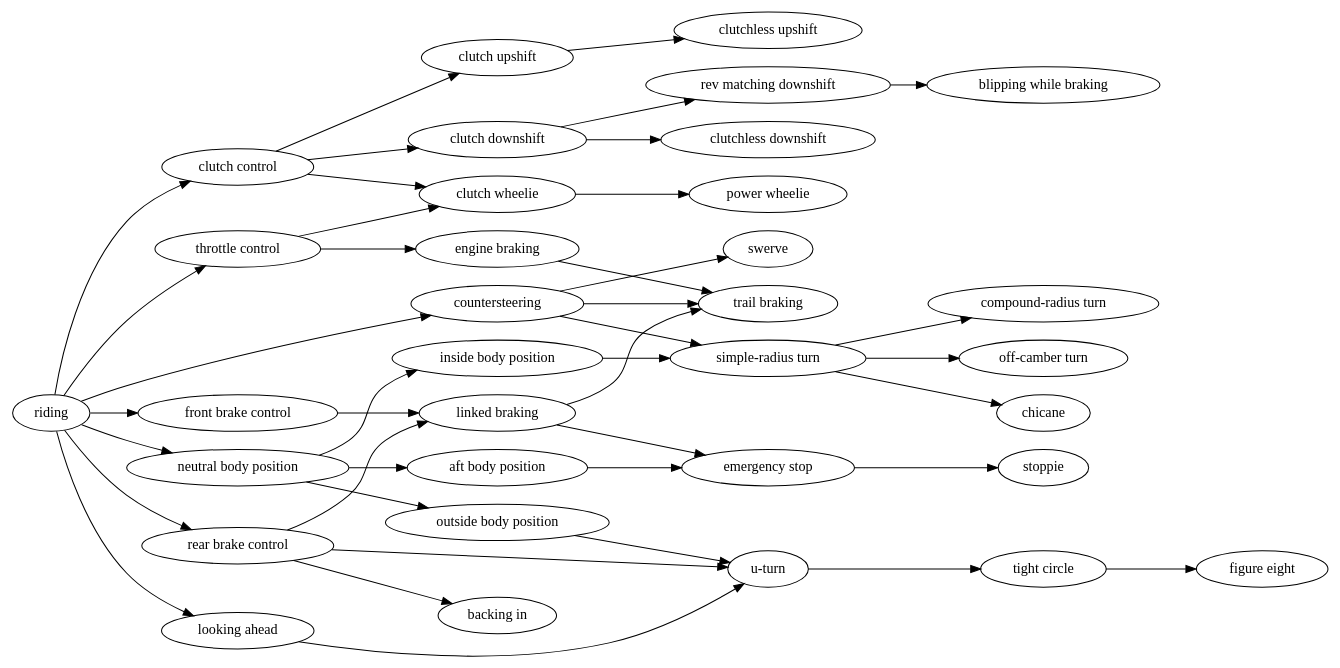
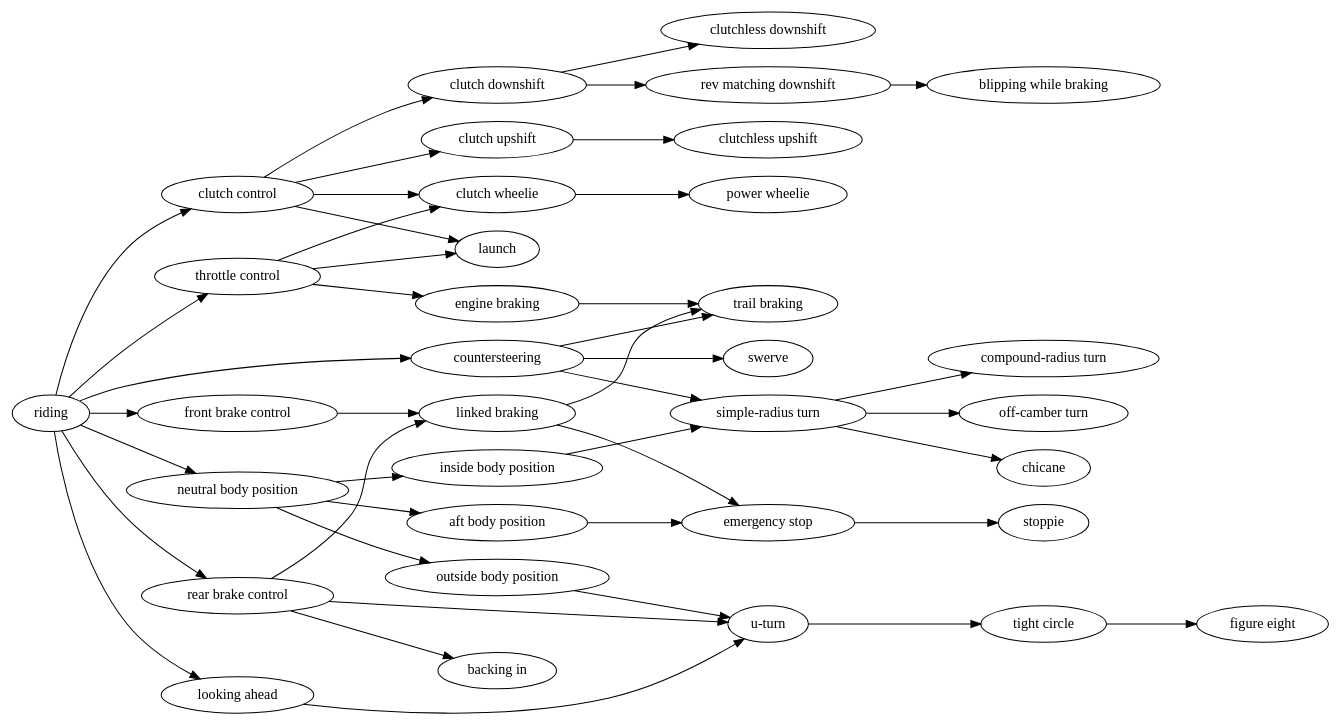
One commit to kemitchell/motoskills.kemitchell.com changed the diagram in riding.dot. Above: the diagram before and after it, drawn with Graphviz. The commit also changed 1 other file, not shown here.

Commit message:
Add launch skill

```diff
--- a/riding.dot
+++ b/riding.dot
@@ -1,30 +1,31 @@
 digraph {
   rankdir=LR;
   "riding" -> {"clutch control", "front brake control", "rear brake control", "throttle control", "countersteering", "looking ahead", "neutral body position"};
   "neutral body position" -> "inside body position";
   "neutral body position" -> "aft body position" -> "emergency stop";
   "neutral body position" -> "outside body position" -> "u-turn";
   "countersteering" -> "simple-radius turn";
   "simple-radius turn" -> {"compound-radius turn", "off-camber turn"};
   "inside body position" -> "simple-radius turn" -> "chicane";
   "clutch control" -> "clutch upshift";
   "clutch control" -> "clutch downshift";
   "clutch control" -> "clutch wheelie";
   "throttle control" -> "clutch wheelie";
   "looking ahead" -> "u-turn";
   "countersteering" -> "trail braking";
   "countersteering" -> "swerve";
   "throttle control" -> "engine braking" -> "trail braking";
   "clutch wheelie" -> "power wheelie";
   "u-turn" -> "tight circle" -> "figure eight";
   "rear brake control" -> "u-turn";
   "rear brake control" -> "backing in";
   "rear brake control" -> "linked braking";
   "front brake control" -> "linked braking";
   "linked braking" -> "trail braking";
   "linked braking" -> "emergency stop" -> "stoppie";
   "clutch upshift" -> "clutchless upshift";
   "clutch downshift" -> "clutchless downshift";
   "clutch downshift" -> "rev matching downshift";
   "rev matching downshift" -> "blipping while braking";
+  {"clutch control", "throttle control"} -> "launch";
 }
```
